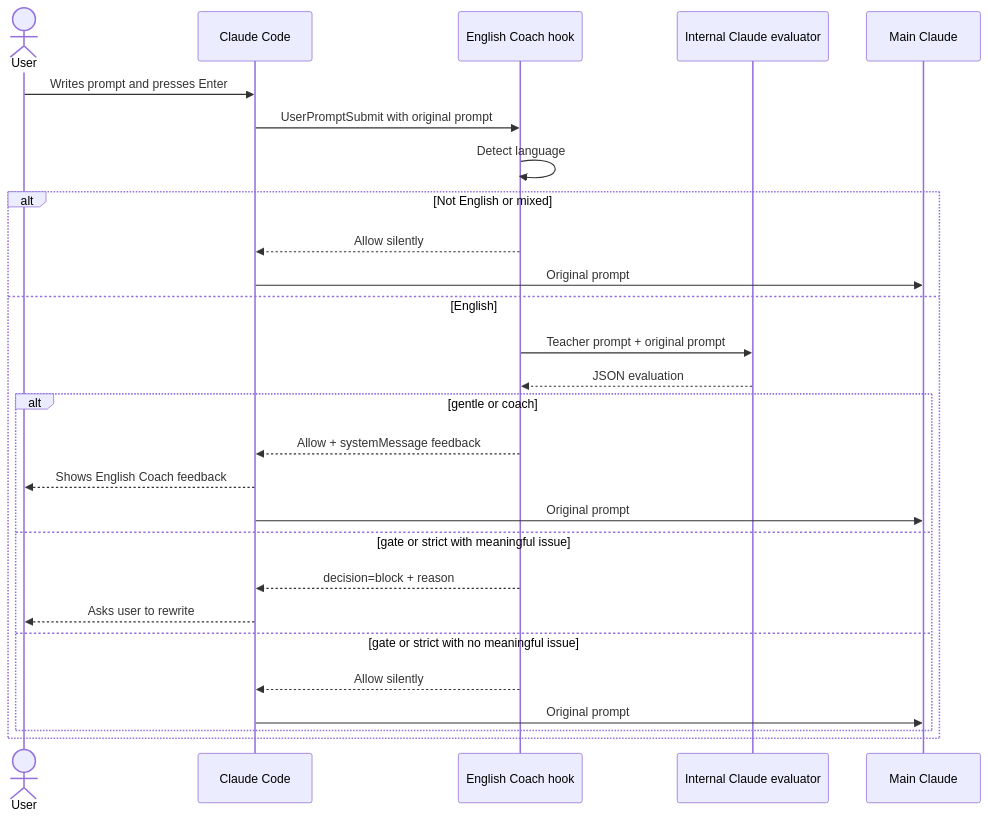
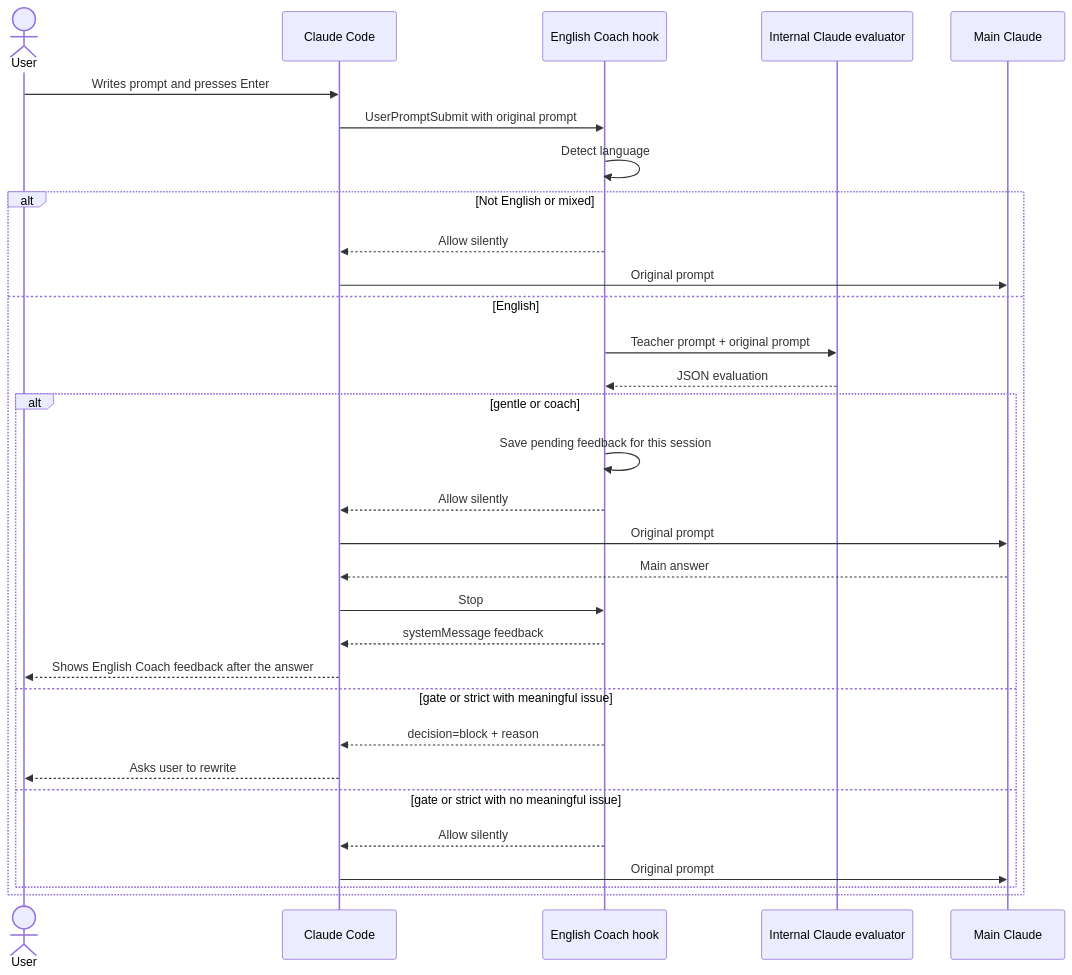
The diagram in README.md (awkoy/prompt-english-coach), drawn with Mermaid before and after one commit. The commit also changed other lines of this file and 11 other files, not shown here.

Commit message:
fix: delay non-blocking coach feedback

````diff
--- a/README.md
+++ b/README.md
@@ -80,32 +80,36 @@
 ```mermaid
 sequenceDiagram
     actor User
     participant CC as Claude Code
     participant Hook as English Coach hook
     participant Eval as Internal Claude evaluator
     participant Main as Main Claude
 
     User->>CC: Writes prompt and presses Enter
     CC->>Hook: UserPromptSubmit with original prompt
     Hook->>Hook: Detect language
 
     alt Not English or mixed
         Hook-->>CC: Allow silently
         CC->>Main: Original prompt
     else English
         Hook->>Eval: Teacher prompt + original prompt
         Eval-->>Hook: JSON evaluation
 
         alt gentle or coach
-            Hook-->>CC: Allow + systemMessage feedback
-            CC-->>User: Shows English Coach feedback
+            Hook->>Hook: Save pending feedback for this session
+            Hook-->>CC: Allow silently
             CC->>Main: Original prompt
+            Main-->>CC: Main answer
+            CC->>Hook: Stop
+            Hook-->>CC: systemMessage feedback
+            CC-->>User: Shows English Coach feedback after the answer
         else gate or strict with meaningful issue
             Hook-->>CC: decision=block + reason
             CC-->>User: Asks user to rewrite
         else gate or strict with no meaningful issue
             Hook-->>CC: Allow silently
             CC->>Main: Original prompt
         end
     end
 ```
````
